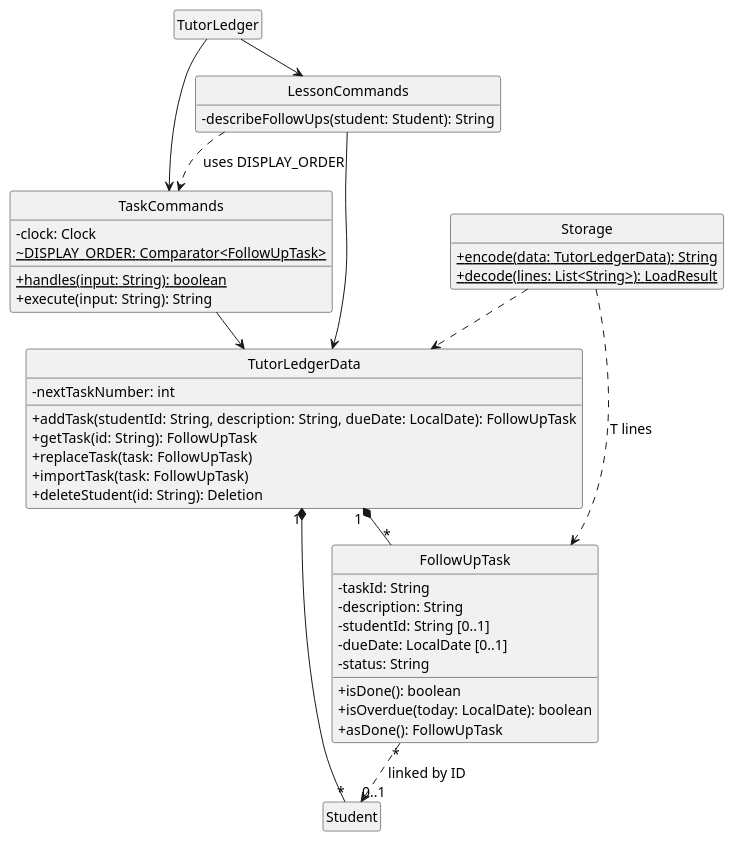
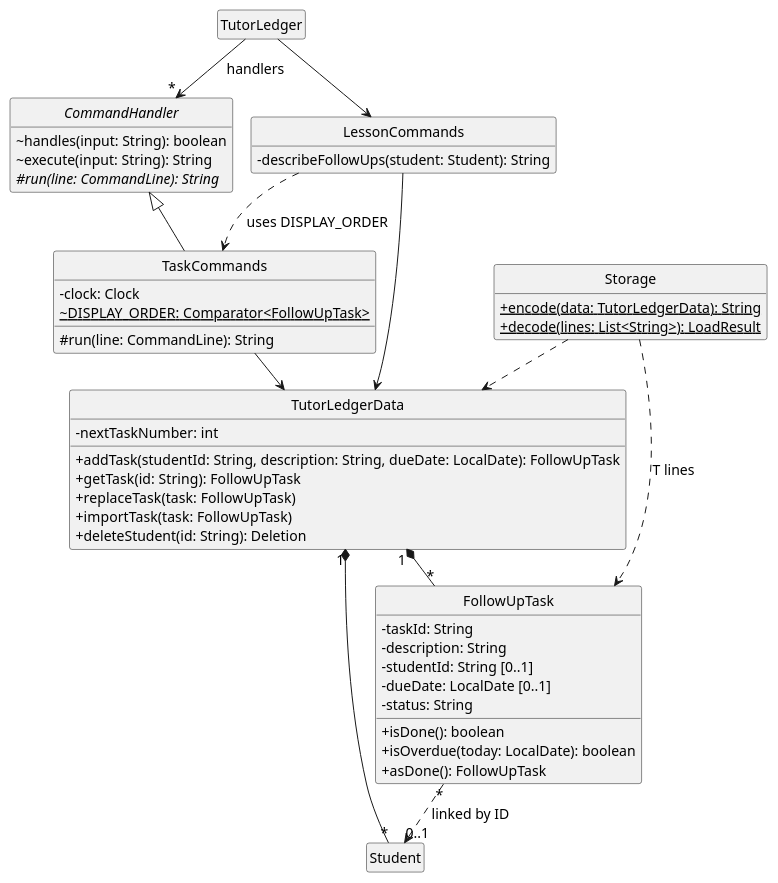
Before and after one commit to AY2627S1-CS2113-W12-2/tp: the diagram in docs/diagrams/followup-class.puml, drawn with PlantUML. The commit also changed 31 other files, not shown here.

```diff
--- a/docs/diagrams/followup-class.puml
+++ b/docs/diagrams/followup-class.puml
@@ -1,60 +1,66 @@
 @startuml
 !pragma layout smetana
 skinparam backgroundColor white
 skinparam defaultFontSize 14
 skinparam shadowing false
 skinparam classAttributeIconSize 0
 hide circle
 hide empty members
 
 class TutorLedger
 
+abstract class CommandHandler {
+  ~handles(input: String): boolean
+  ~execute(input: String): String
+  #{abstract} run(line: CommandLine): String
+}
+
 class TaskCommands {
   -clock: Clock
   {static} ~DISPLAY_ORDER: Comparator<FollowUpTask>
-  {static} +handles(input: String): boolean
-  +execute(input: String): String
+  #run(line: CommandLine): String
 }
 
 class LessonCommands {
   -describeFollowUps(student: Student): String
 }
 
 class TutorLedgerData {
   -nextTaskNumber: int
   +addTask(studentId: String, description: String, dueDate: LocalDate): FollowUpTask
   +getTask(id: String): FollowUpTask
   +replaceTask(task: FollowUpTask)
   +importTask(task: FollowUpTask)
   +deleteStudent(id: String): Deletion
 }
 
 class FollowUpTask {
   -taskId: String
   -description: String
   -studentId: String [0..1]
   -dueDate: LocalDate [0..1]
   -status: String
   +isDone(): boolean
   +isOverdue(today: LocalDate): boolean
   +asDone(): FollowUpTask
 }
 
 class Student
 
 class Storage {
   {static} +encode(data: TutorLedgerData): String
   {static} +decode(lines: List<String>): LoadResult
 }
 
-TutorLedger --> TaskCommands
+TutorLedger --> "*" CommandHandler : handlers
+CommandHandler <|-- TaskCommands
 TutorLedger --> LessonCommands
 TaskCommands --> TutorLedgerData
 LessonCommands --> TutorLedgerData
 LessonCommands ..> TaskCommands : uses DISPLAY_ORDER
 TutorLedgerData "1" *-- "*" FollowUpTask
 TutorLedgerData "1" *-- "*" Student
 FollowUpTask "*" ..> "0..1" Student : linked by ID
 Storage ..> TutorLedgerData
 Storage ..> FollowUpTask : T lines
 @enduml
```
